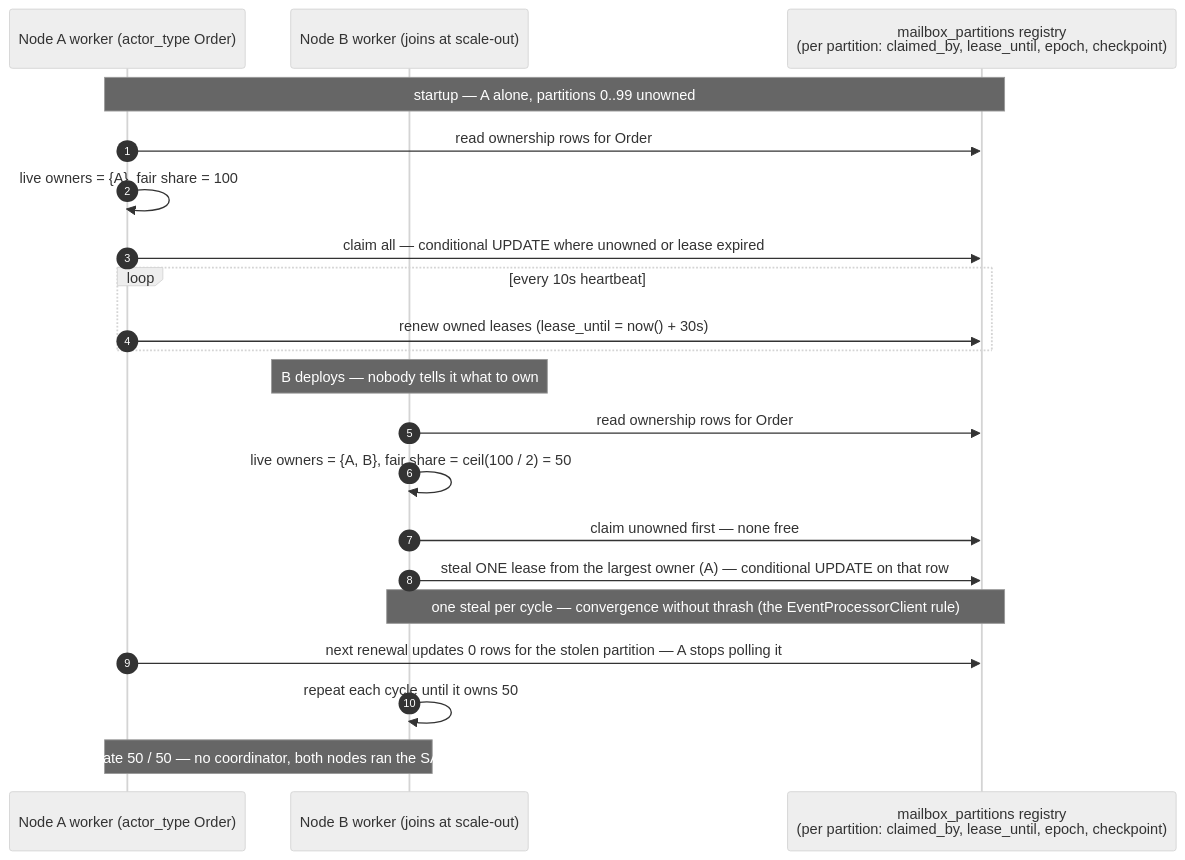
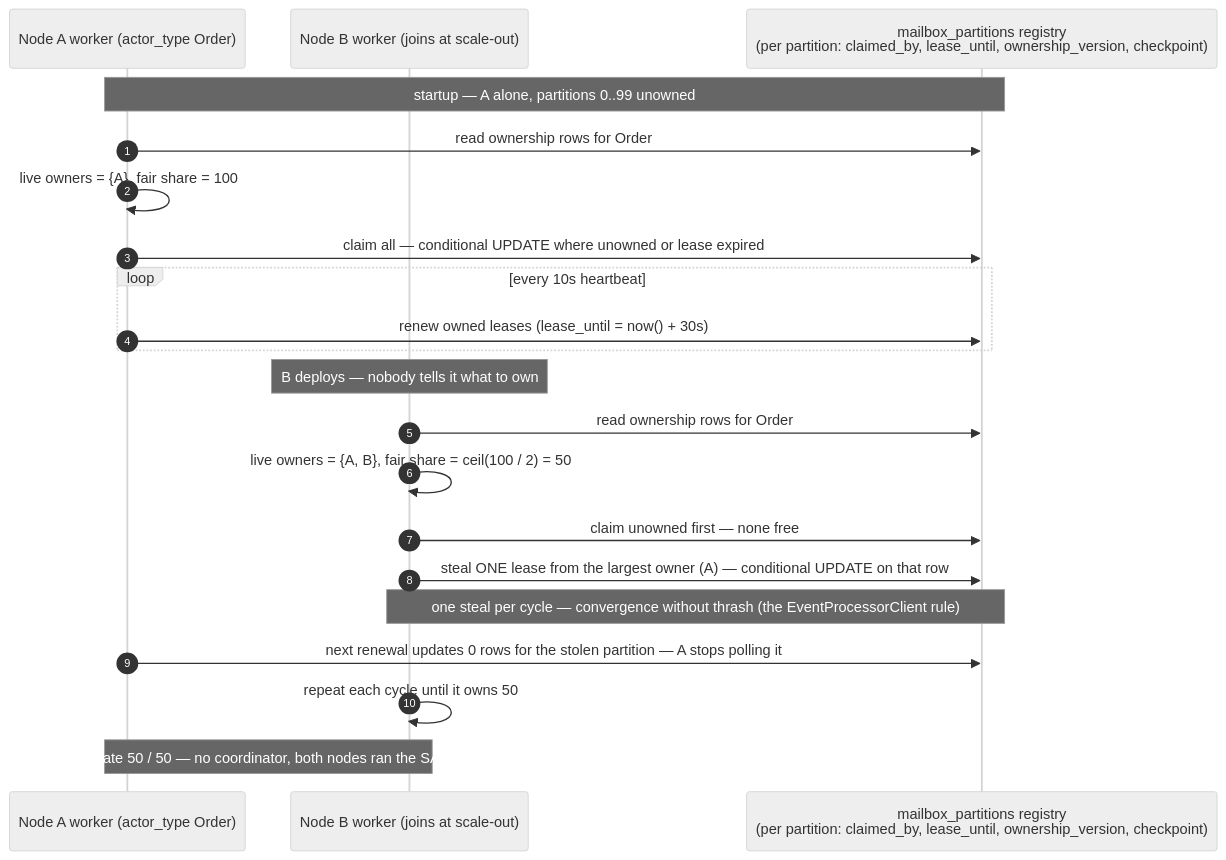
Before and after one commit to TheCaptainCompany/captain-food: the first of 3 diagrams in docs/proposals/PROP-20260728-152752-actor-mailbox-write-path.md, drawn with Mermaid (neutral theme). The commit also changed other lines of this file and 2 other files, not shown here.

First line of the commit message:
docs(#242): rename epoch to ownership_version, full table structures, worked data per scenario

````diff
--- a/docs/proposals/PROP-20260728-152752-actor-mailbox-write-path.md
+++ b/docs/proposals/PROP-20260728-152752-actor-mailbox-write-path.md
@@ -176,24 +176,24 @@
 ```mermaid
 sequenceDiagram
     autonumber
     participant A as Node A worker (actor_type Order)
     participant B as Node B worker (joins at scale-out)
-    participant REG as mailbox_partitions registry<br/>(per partition: claimed_by, lease_until, epoch, checkpoint)
+    participant REG as mailbox_partitions registry<br/>(per partition: claimed_by, lease_until, ownership_version, checkpoint)
 
     Note over A,REG: startup — A alone, partitions 0..99 unowned
     A->>REG: read ownership rows for Order
     A->>A: live owners = {A}, fair share = 100
     A->>REG: claim all — conditional UPDATE where unowned or lease expired
     loop every 10s heartbeat
         A->>REG: renew owned leases (lease_until = now() + 30s)
     end
     Note over B: B deploys — nobody tells it what to own
     B->>REG: read ownership rows for Order
     B->>B: live owners = {A, B}, fair share = ceil(100 / 2) = 50
     B->>REG: claim unowned first — none free
     B->>REG: steal ONE lease from the largest owner (A) — conditional UPDATE on that row
     Note over B,REG: one steal per cycle — convergence without thrash (the EventProcessorClient rule)
     A->>REG: next renewal updates 0 rows for the stolen partition — A stops polling it
     B->>B: repeat each cycle until it owns 50
     Note over A,B: steady state 50 / 50 — no coordinator, both nodes ran the SAME loop
 ```
````
